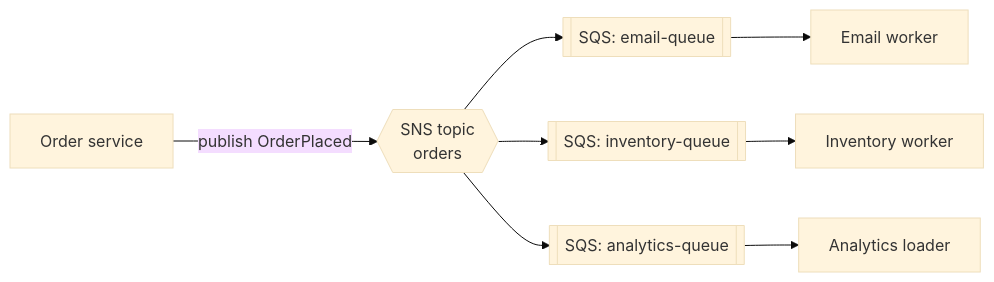
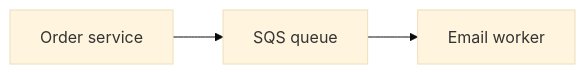
One commit to monijaman/software changed the diagram in content/aws/11-messaging-sqs-sns-eventbridge.md. Above: the diagram before and after it, drawn with Mermaid (base theme). The commit also changed other lines of this file and 23 other files, not shown here.

````diff
--- a/content/aws/11-messaging-sqs-sns-eventbridge.md
+++ b/content/aws/11-messaging-sqs-sns-eventbridge.md
@@ -100,7 +12,5 @@
 ```mermaid
 flowchart LR
-    O[Order service] -- "publish OrderPlaced" --> T{{SNS topic<br/>orders}}
-    T --> Q1[[SQS: email-queue]] --> E[Email worker]
-    T --> Q2[[SQS: inventory-queue]] --> I[Inventory worker]
-    T --> Q3[[SQS: analytics-queue]] --> A[Analytics loader]
+    O[Order service] --> Q[SQS queue]
+    Q --> W[Email worker]
 ```
````
